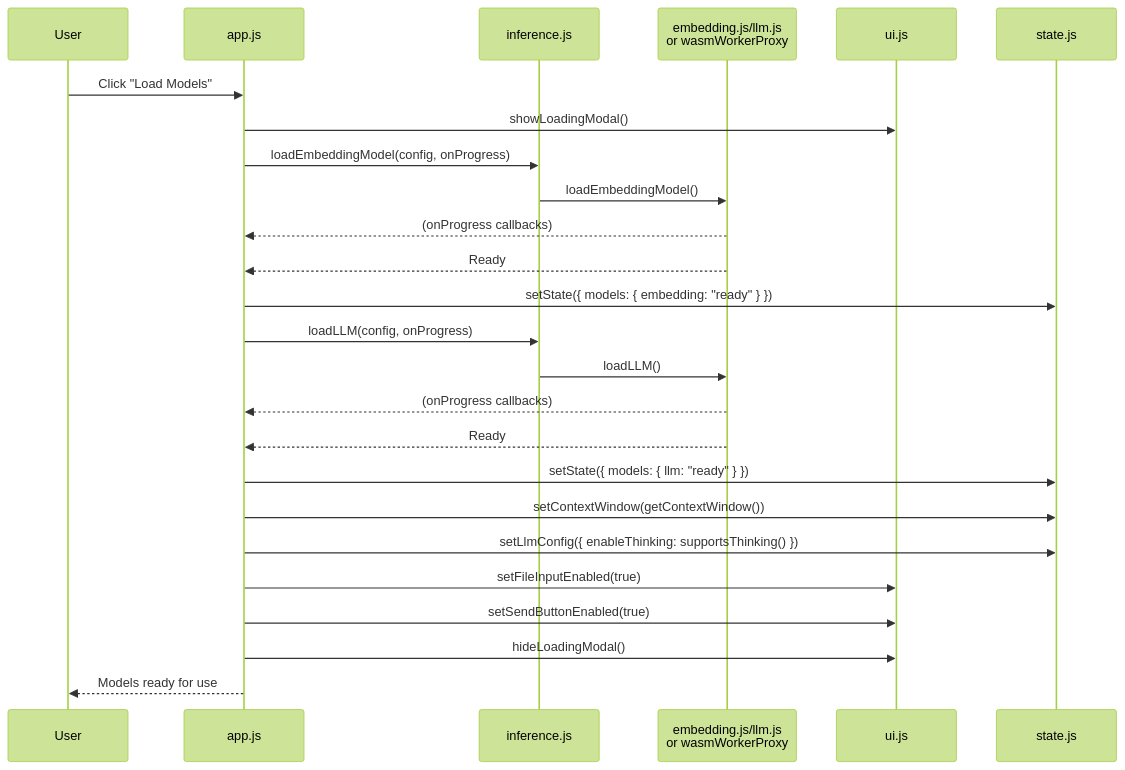
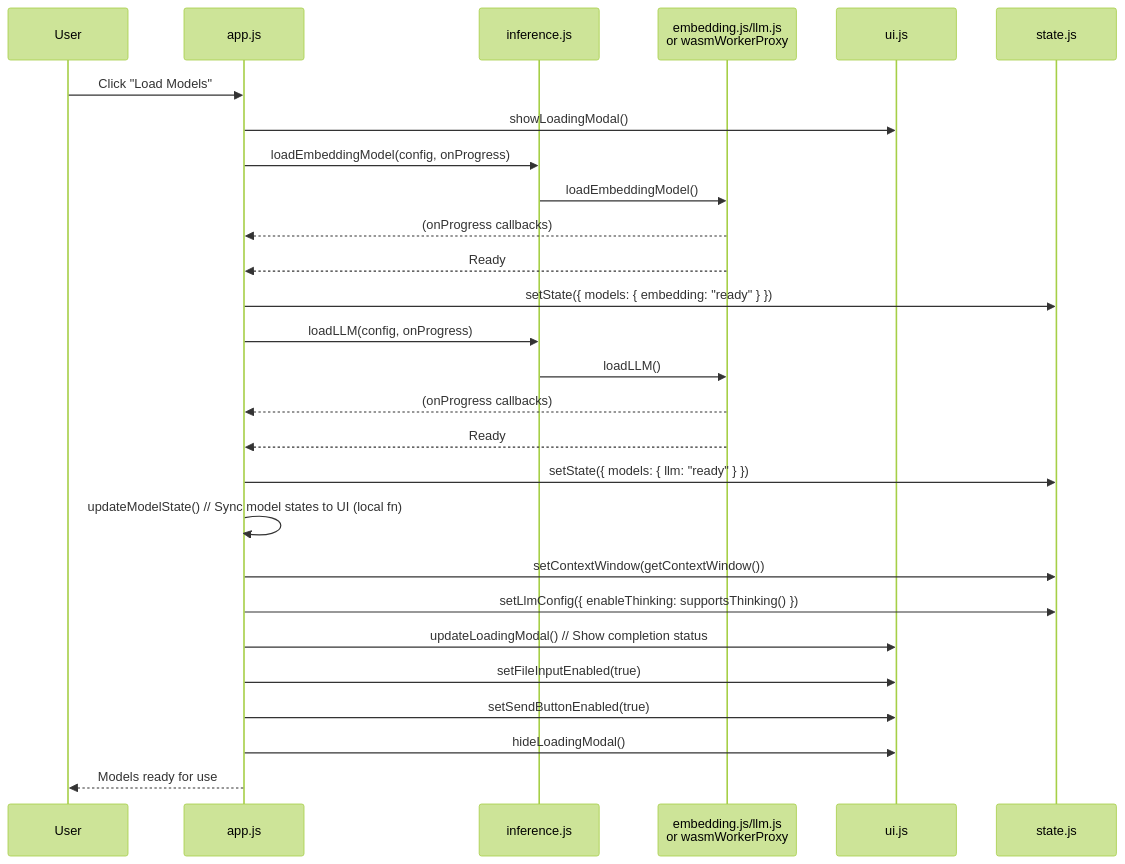
Before and after one commit to RobertLicht/rag-browser: the fourth of 6 diagrams in docs/DEVELOPER.md, drawn with Mermaid (forest theme). The commit also changed other lines of this file and 1 other file, not shown here.

````diff
--- a/docs/DEVELOPER.md
+++ b/docs/DEVELOPER.md
@@ -655,28 +711,30 @@
 ```mermaid
 sequenceDiagram
     participant User
     participant app as app.js
     participant inf as inference.js
     participant backend as embedding.js/llm.js<br/>or wasmWorkerProxy
     participant ui as ui.js
     participant state as state.js
 
     User->>app: Click "Load Models"
     app->>ui: showLoadingModal()
     app->>inf: loadEmbeddingModel(config, onProgress)
     inf->>backend: loadEmbeddingModel()
     backend-->>app: (onProgress callbacks)
     backend-->>app: Ready
     app->>state: setState({ models: { embedding: "ready" } })
     app->>inf: loadLLM(config, onProgress)
     inf->>backend: loadLLM()
     backend-->>app: (onProgress callbacks)
     backend-->>app: Ready
     app->>state: setState({ models: { llm: "ready" } })
+    app->>app: updateModelState()       // Sync model states to UI (local fn)
     app->>state: setContextWindow(getContextWindow())
     app->>state: setLlmConfig({ enableThinking: supportsThinking() })
+    app->>ui: updateLoadingModal()      // Show completion status
     app->>ui: setFileInputEnabled(true)
     app->>ui: setSendButtonEnabled(true)
     app->>ui: hideLoadingModal()
     app-->>User: Models ready for use
 ```
````
